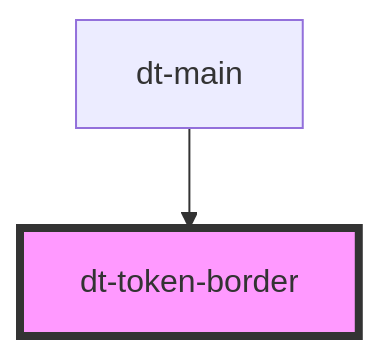
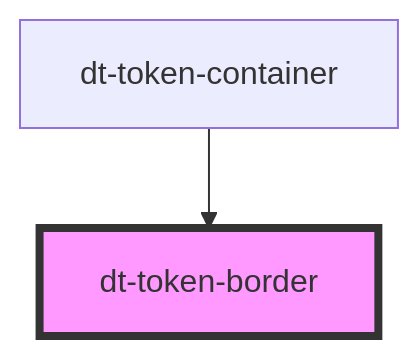
One commit to genexuslabs/design-tokens-editor changed the diagram in src/components/token-border/readme.md. Above: the diagram before and after it, drawn with Mermaid. The commit also changed other lines of this file and 33 other files, not shown here.

Commit message:
finish token-container code

````diff
--- a/src/components/token-border/readme.md
+++ b/src/components/token-border/readme.md
@@ -22,5 +22,5 @@
 ```mermaid
 graph TD;
-  dt-main --> dt-token-border
+  dt-token-container --> dt-token-border
   style dt-token-border fill:#f9f,stroke:#333,stroke-width:4px
 ```
````
